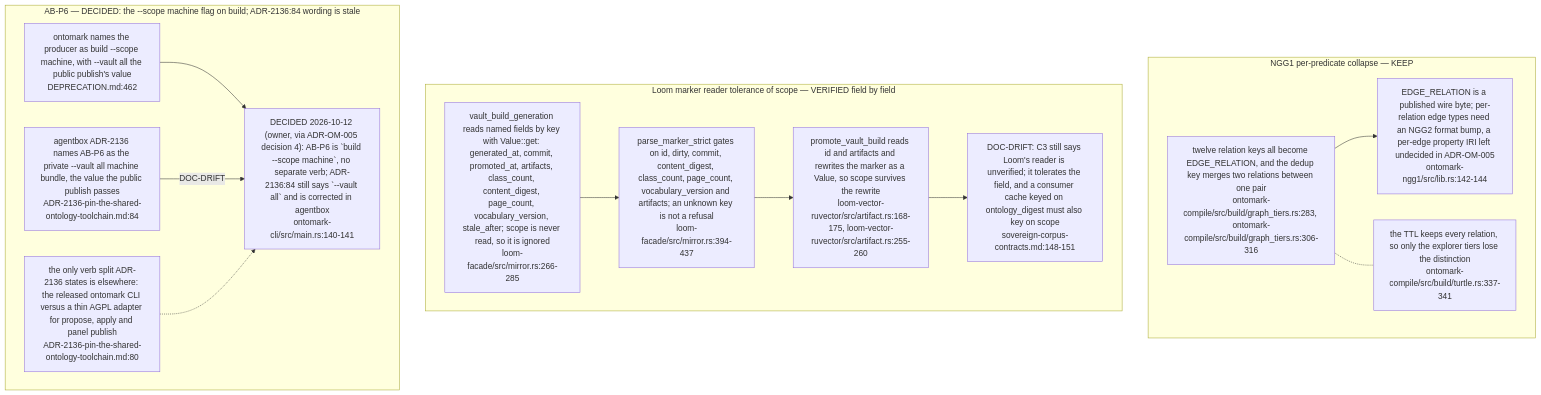
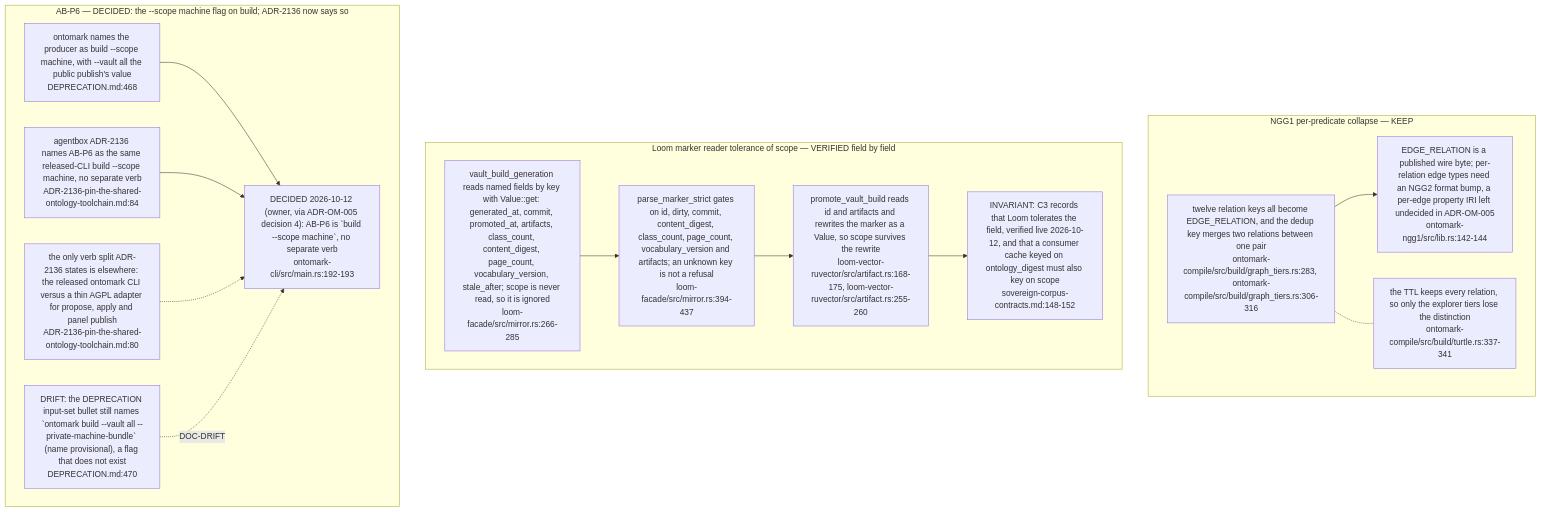
One commit to DreamLab-AI/VisionFlow changed the fifth of 5 diagrams in docs/diagrams/ontomark/06-machine-scope-and-ingest-contract.md. Above: the diagram before and after it, drawn with Mermaid. The commit also changed other lines of this file and 160 other files, not shown here.

````diff
--- a/docs/diagrams/ontomark/06-machine-scope-and-ingest-contract.md
+++ b/docs/diagrams/ontomark/06-machine-scope-and-ingest-contract.md
@@ -164,26 +166,28 @@
 ```mermaid
 flowchart TB
     subgraph NGG["NGG1 per-predicate collapse — KEEP"]
         N1["twelve relation keys all become EDGE_RELATION, and the dedup key merges two relations between one pair<br/>ontomark-compile/src/build/graph_tiers.rs:283, ontomark-compile/src/build/graph_tiers.rs:306-316"]
         N2["EDGE_RELATION is a published wire byte; per-relation edge types need an NGG2 format bump, a per-edge property IRI left undecided in ADR-OM-005<br/>ontomark-ngg1/src/lib.rs:142-144"]
         N3["the TTL keeps every relation, so only the explorer tiers lose the distinction<br/>ontomark-compile/src/build/turtle.rs:337-341"]
         N1 --> N2
         N1 -.- N3
     end
     subgraph LOOMR["Loom marker reader tolerance of scope — VERIFIED field by field"]
         L1["vault_build_generation reads named fields by key with Value::get: generated_at, commit, promoted_at, artifacts, class_count, content_digest, page_count, vocabulary_version, stale_after; scope is never read, so it is ignored<br/>loom-facade/src/mirror.rs:266-285"]
         L2["parse_marker_strict gates on id, dirty, commit, content_digest, class_count, page_count, vocabulary_version and artifacts; an unknown key is not a refusal<br/>loom-facade/src/mirror.rs:394-437"]
         L3["promote_vault_build reads id and artifacts and rewrites the marker as a Value, so scope survives the rewrite<br/>loom-vector-ruvector/src/artifact.rs:168-175, loom-vector-ruvector/src/artifact.rs:255-260"]
-        L4["DOC-DRIFT: C3 still says Loom's reader is unverified; it tolerates the field, and a consumer cache keyed on ontology_digest must also key on scope<br/>sovereign-corpus-contracts.md:148-151"]
+        L4["INVARIANT: C3 records that Loom tolerates the field, verified live 2026-10-12, and that a consumer cache keyed on ontology_digest must also key on scope<br/>sovereign-corpus-contracts.md:148-152"]
         L1 --> L2 --> L3 --> L4
     end
-    subgraph ABP6["AB-P6 — DECIDED: the --scope machine flag on build; ADR-2136:84 wording is stale"]
-        A1["ontomark names the producer as build --scope machine, with --vault all the public publish's value<br/>DEPRECATION.md:462"]
-        A2["agentbox ADR-2136 names AB-P6 as the private --vault all machine bundle, the value the public publish passes<br/>ADR-2136-pin-the-shared-ontology-toolchain.md:84"]
+    subgraph ABP6["AB-P6 — DECIDED: the --scope machine flag on build; ADR-2136 now says so"]
+        A1["ontomark names the producer as build --scope machine, with --vault all the public publish's value<br/>DEPRECATION.md:468"]
+        A2["agentbox ADR-2136 names AB-P6 as the same released-CLI build --scope machine, no separate verb<br/>ADR-2136-pin-the-shared-ontology-toolchain.md:84"]
         A3["the only verb split ADR-2136 states is elsewhere: the released ontomark CLI versus a thin AGPL adapter for propose, apply and panel publish<br/>ADR-2136-pin-the-shared-ontology-toolchain.md:80"]
-        A4["DECIDED 2026-10-12 (owner, via ADR-OM-005 decision 4): AB-P6 is `build --scope machine`, no separate verb; ADR-2136:84 still says `--vault all` and is corrected in agentbox<br/>ontomark-cli/src/main.rs:140-141"]
+        A4["DECIDED 2026-10-12 (owner, via ADR-OM-005 decision 4): AB-P6 is `build --scope machine`, no separate verb<br/>ontomark-cli/src/main.rs:192-193"]
+        A5["DRIFT: the DEPRECATION input-set bullet still names `ontomark build --vault all --private-machine-bundle` (name provisional), a flag that does not exist<br/>DEPRECATION.md:470"]
         A1 --> A4
-        A2 -->|DOC-DRIFT| A4
+        A2 --> A4
         A3 -.-> A4
+        A5 -.->|DOC-DRIFT| A4
     end
 ```
````
